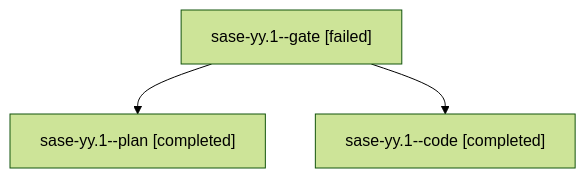
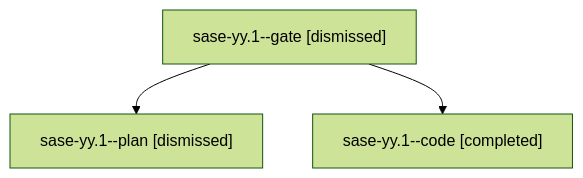
One commit to sase-org/sase--agents changed the diagram in families/bbugyi200.athena.sase-yy.1.md. Above: the diagram before and after it, drawn with Mermaid (forest theme). The commit also changed other lines of this file and 106 other files, not shown here.

````diff
--- a/families/bbugyi200.athena.sase-yy.1.md
+++ b/families/bbugyi200.athena.sase-yy.1.md
@@ -9,8 +9,8 @@
 ```mermaid
 flowchart TD
-  n0["sase-yy.1--gate [failed]"]
-  n1["sase-yy.1--plan [completed]"]
+  n0["sase-yy.1--gate [dismissed]"]
+  n1["sase-yy.1--plan [dismissed]"]
   n0 --> n1
   n2["sase-yy.1--code [completed]"]
   n0 --> n2
 ```
````
